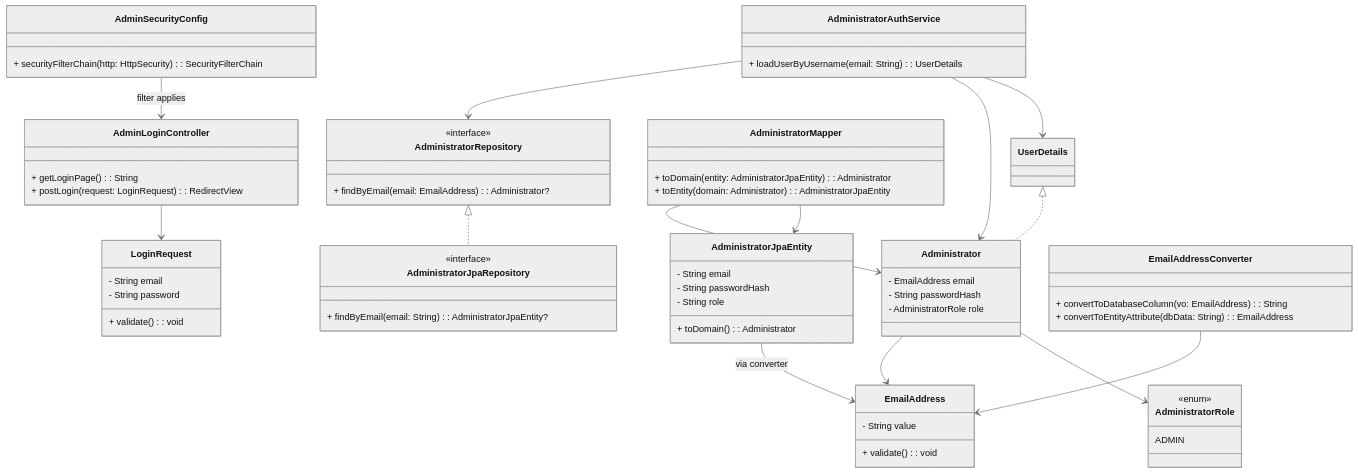
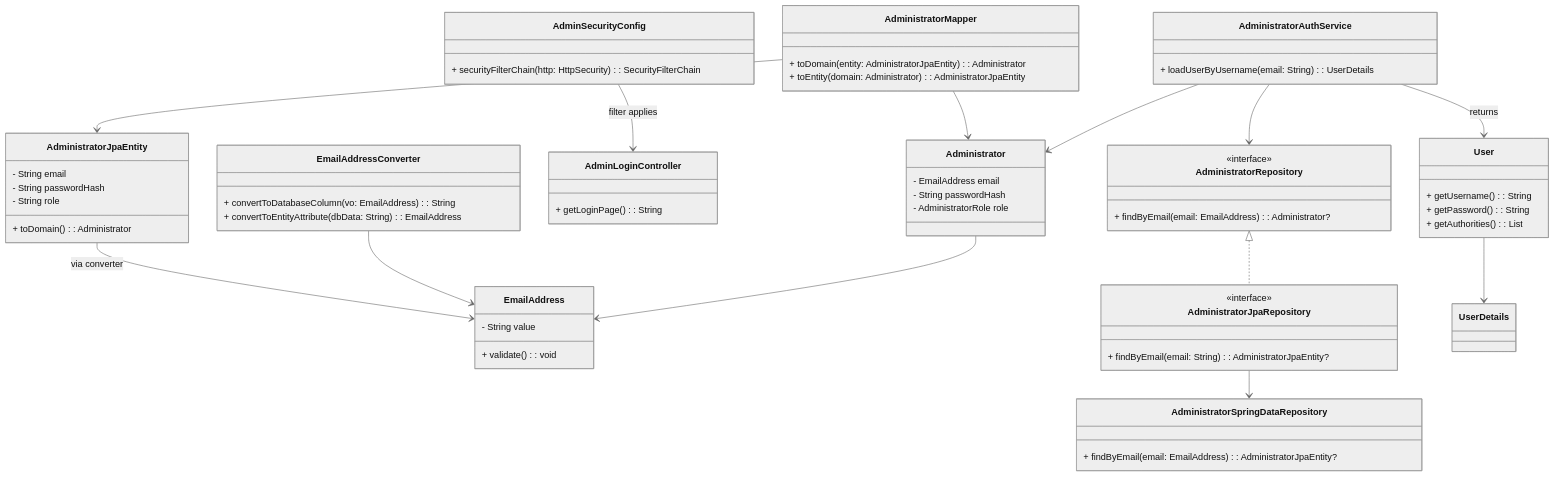
The second of 2 diagrams in docs/02_administrator/README.md (yuji91/kt-event-saas), drawn with Mermaid (neutral theme) before and after one commit. The commit also changed other lines of this file, not shown here.

Commit message:
administrator API の設計書を修正（LoginRequestDTO も不要など）

````diff
--- a/docs/02_administrator/README.md
+++ b/docs/02_administrator/README.md
@@ -130,80 +172,79 @@
 - AdministratorRole role
 }
 
-    class EmailAddress {
-        - String value
-        + validate(): void
+class EmailAddress {
+    - String value
+    + validate(): void
+}
+
+class AdministratorRepository {
+    <<interface>>
+    + findByEmail(email: EmailAddress): Administrator?
+}
+
+%% ==== Application Layer ====
+class AdministratorAuthService {
+    + loadUserByUsername(email: String): UserDetails
+}
+
+%% ==== Presentation Layer ====
+class AdminLoginController {
+    + getLoginPage(): String
+}
+
+%% ==== Infrastructure Layer ====
+class AdministratorJpaEntity {
+    - String email
+    - String passwordHash
+    - String role
+    + toDomain(): Administrator
+}
+
+class AdministratorJpaRepository {
+    <<interface>>
+    + findByEmail(email: String): AdministratorJpaEntity?
+}
+
+class AdministratorSpringDataRepository {
+    + findByEmail(email: EmailAddress): AdministratorJpaEntity?
+}
+
+class AdministratorMapper {
+    + toDomain(entity: AdministratorJpaEntity): Administrator
+    + toEntity(domain: Administrator): AdministratorJpaEntity
+}
+
+class EmailAddressConverter {
+    + convertToDatabaseColumn(vo: EmailAddress): String
+    + convertToEntityAttribute(dbData: String): EmailAddress
+}
+
+class AdminSecurityConfig {
+    + securityFilterChain(http: HttpSecurity): SecurityFilterChain
+}
+
+%% ==== Spring Security Layer（外部） ====
+    class User {
+        + getUsername(): String
+        + getPassword(): String
+        + getAuthorities(): List<GrantedAuthority>
     }
+    User --> UserDetails
+%% org.springframework.security.core.userdetails.User で定義され、
+%% AdministratorAuthService の User.builder() で使用
 
-    class AdministratorRole {
-        <<enum>>
-        ADMIN
-    }
 
-    class AdministratorRepository {
-        <<interface>>
-        + findByEmail(email: EmailAddress): Administrator?
-    }
-
-    %% ==== Application Layer ====
-    class AdministratorAuthService {
-        + loadUserByUsername(email: String): UserDetails
-    }
-
-    %% ==== Presentation Layer ====
-    class AdminLoginController {
-        + getLoginPage(): String
-        + postLogin(request: LoginRequest): RedirectView
-    }
-
-    class LoginRequest {
-        - String email
-        - String password
-        + validate(): void
-    }
-
-    %% ==== Infrastructure Layer ====
-    class AdministratorJpaEntity {
-        - String email
-        - String passwordHash
-        - String role
-        + toDomain(): Administrator
-    }
-
-    class AdministratorJpaRepository {
-        <<interface>>
-        + findByEmail(email: String): AdministratorJpaEntity?
-    }
-
-    class AdministratorMapper {
-        + toDomain(entity: AdministratorJpaEntity): Administrator
-        + toEntity(domain: Administrator): AdministratorJpaEntity
-    }
-
-    class EmailAddressConverter {
-        + convertToDatabaseColumn(vo: EmailAddress): String
-        + convertToEntityAttribute(dbData: String): EmailAddress
-    }
-
-    class AdminSecurityConfig {
-        + securityFilterChain(http: HttpSecurity): SecurityFilterChain
-    }
-
-    %% ==== Relationships ====
+%% ==== Relationships ====
     Administrator --> EmailAddress
-    Administrator --> AdministratorRole
     AdministratorAuthService --> AdministratorRepository
-    AdminLoginController --> LoginRequest
     AdministratorAuthService --> Administrator
-    AdministratorAuthService --> UserDetails
-
+    AdministratorAuthService --> User : returns
     AdministratorRepository <|.. AdministratorJpaRepository
+    AdministratorJpaRepository --> AdministratorSpringDataRepository
     AdministratorMapper --> Administrator
     AdministratorMapper --> AdministratorJpaEntity
     EmailAddressConverter --> EmailAddress
     AdministratorJpaEntity --> EmailAddress : via converter
     AdminSecurityConfig --> AdminLoginController : filter applies
 
-    %% Optional:
-    UserDetails <|.. Administrator
 ```
````
